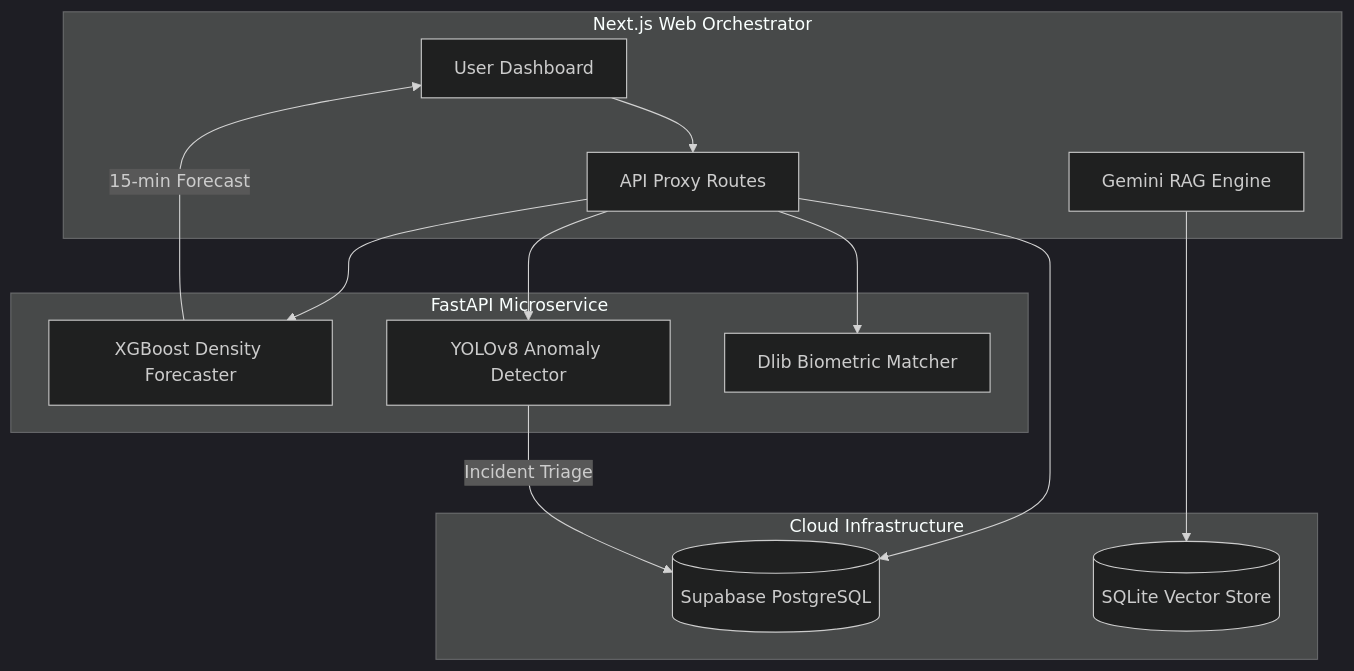
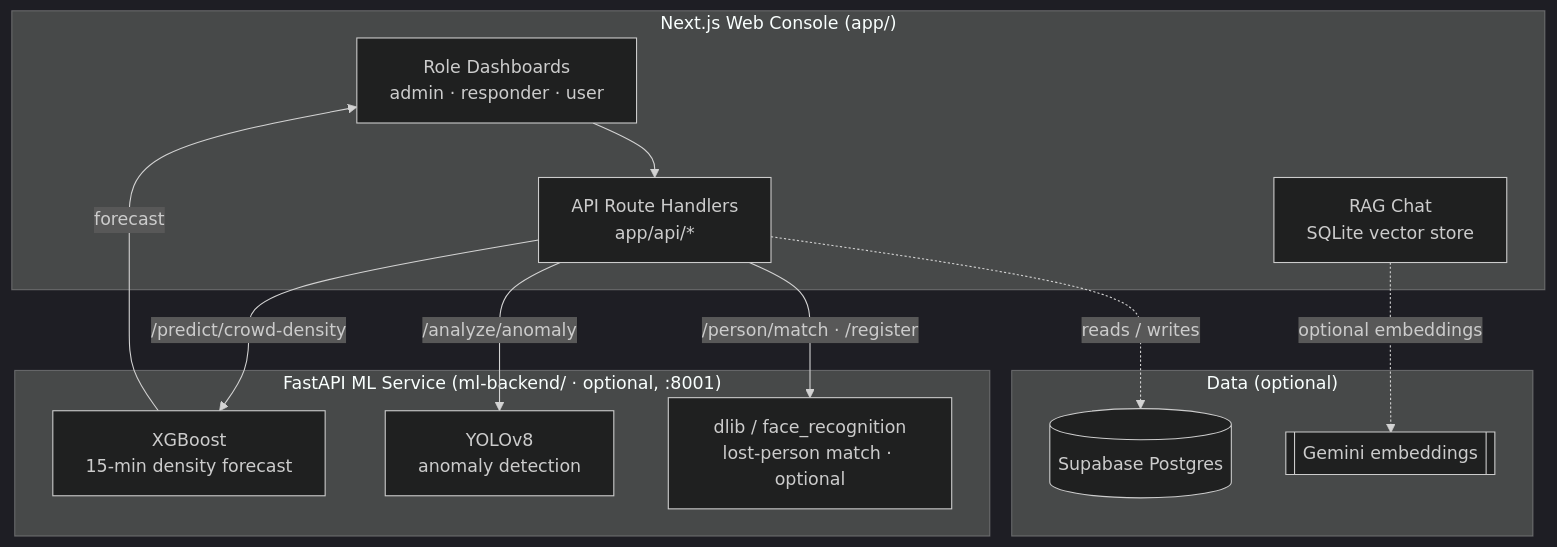
One commit to TheClazer/crowd-management-google changed the diagram in README.md. Above: the diagram before and after it, drawn with Mermaid (dark theme). The commit also changed other lines of this file and 22 other files, not shown here.

First line of the commit message:
Harden CrowdGuard: security, ML backend, build, and docs fixes

````diff
--- a/README.md
+++ b/README.md
@@ -18,28 +29,27 @@
 ```mermaid
 graph TD
-    subgraph Frontend [Next.js Web Orchestrator]
-        UI[User Dashboard]
-        API_Proxy[API Proxy Routes]
-        RAG[Gemini RAG Engine]
+    subgraph Frontend["Next.js Web Console (app/)"]
+        UI[Role Dashboards<br/>admin · responder · user]
+        API[API Route Handlers<br/>app/api/*]
+        RAG[RAG Chat<br/>SQLite vector store]
     end
 
-    subgraph AI_Backend [FastAPI Microservice]
-        XGB[XGBoost Density Forecaster]
-        YOLO[YOLOv8 Anomaly Detector]
-        FACE[Dlib Biometric Matcher]
+    subgraph Backend["FastAPI ML Service (ml-backend/ · optional, :8001)"]
+        XGB[XGBoost<br/>15-min density forecast]
+        YOLO[YOLOv8<br/>anomaly detection]
+        FACE[dlib / face_recognition<br/>lost-person match · optional]
     end
 
-    subgraph Data_Layer [Cloud Infrastructure]
-        DB[(Supabase PostgreSQL)]
-        VEC[(SQLite Vector Store)]
+    subgraph Data["Data (optional)"]
+        DB[(Supabase Postgres)]
+        GEM[[Gemini embeddings]]
     end
 
-    UI --> API_Proxy
-    API_Proxy --> XGB
-    API_Proxy --> YOLO
-    API_Proxy --> FACE
-    API_Proxy --> DB
-    RAG --> VEC
-    XGB -- "15-min Forecast" --> UI
-    YOLO -- "Incident Triage" --> DB
+    UI --> API
+    API -->|/predict/crowd-density| XGB
+    API -->|/analyze/anomaly| YOLO
+    API -->|/person/match · /register| FACE
+    API -.->|reads / writes| DB
+    RAG -.->|optional embeddings| GEM
+    XGB -->|forecast| UI
 ```
````
